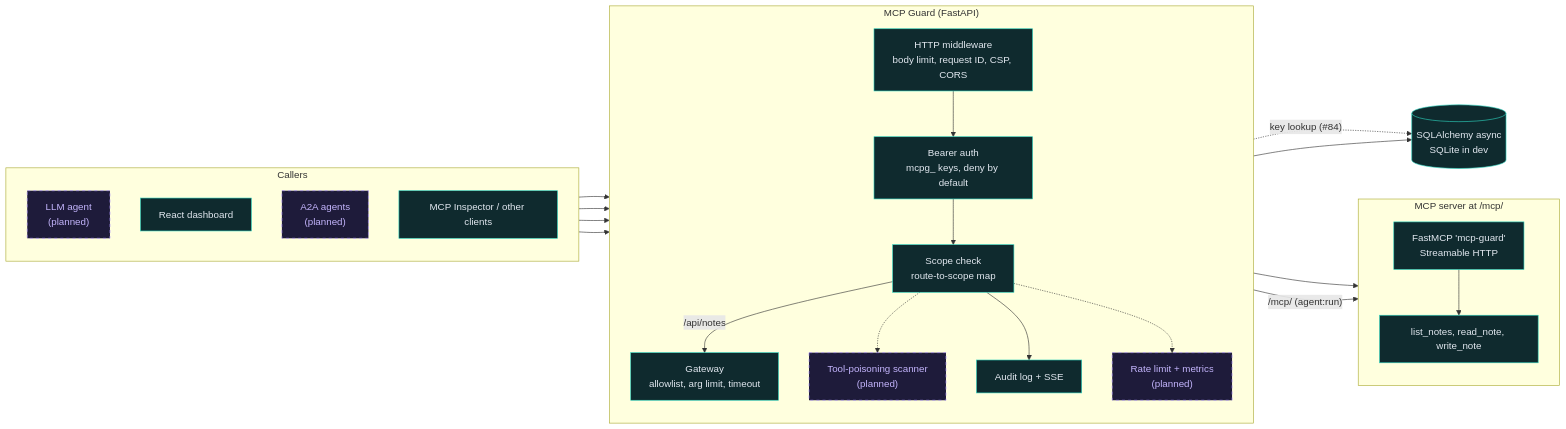
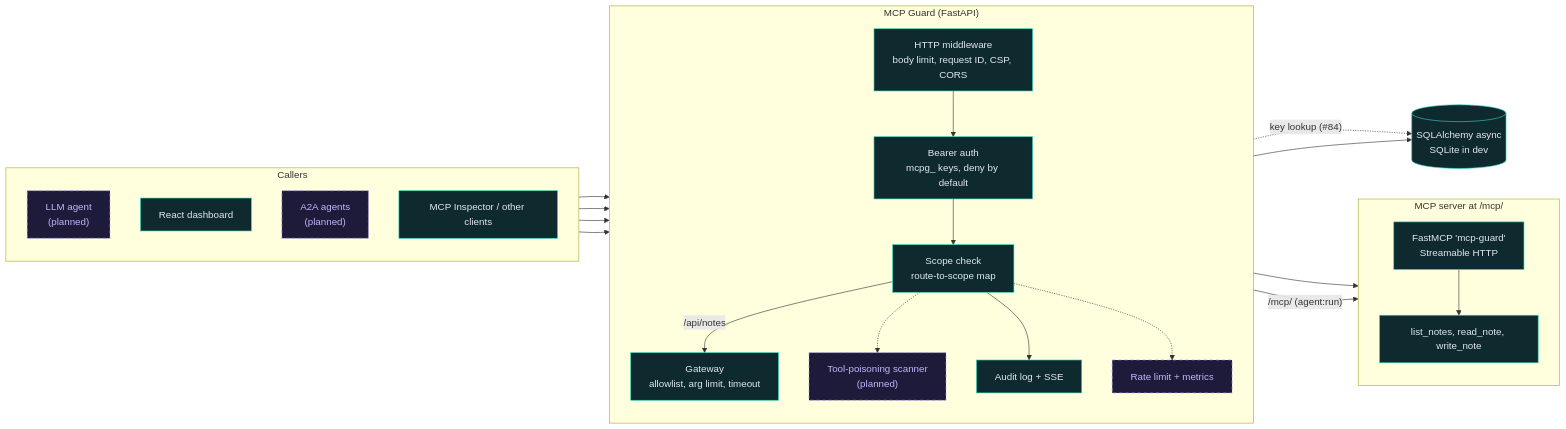
One commit to aneek22112007-tech/mcp-a2a-secure changed the first of 3 diagrams in README.md. Above: the diagram before and after it, drawn with Mermaid. The commit also changed other lines of this file and 26 other files, not shown here.

````diff
--- a/README.md
+++ b/README.md
@@ -28,48 +28,48 @@
 ```mermaid
 flowchart LR
     subgraph CALLERS["Callers"]
         direction TB
         AG["LLM agent<br/>(planned)"]
         UI["React dashboard"]
         A2A["A2A agents<br/>(planned)"]
         INS["MCP Inspector / other clients"]
     end
 
     subgraph CORE["MCP Guard (FastAPI)"]
         direction TB
         MW["HTTP middleware<br/>body limit, request ID, CSP, CORS"]
         AUTH["Bearer auth<br/>mcpg_ keys, deny by default"]
         SC["Scope check<br/>route-to-scope map"]
         GW["Gateway<br/>allowlist, arg limit, timeout"]
         SCAN["Tool-poisoning scanner<br/>(planned)"]
         AUD["Audit log + SSE"]
-        RL["Rate limit + metrics<br/>(planned)"]
+        RL["Rate limit + metrics"]
     end
 
     subgraph TOOLS["MCP server at /mcp/"]
         direction TB
         MCP["FastMCP 'mcp-guard'<br/>Streamable HTTP"]
         T1["list_notes, read_note, write_note"]
     end
 
     DB[("SQLAlchemy async<br/>SQLite in dev")]
 
     AG --> MW
     UI --> MW
     A2A --> MW
     INS --> MW
     MW --> AUTH --> SC
     SC -->|"/api/notes"| GW --> MCP
     SC -->|"/mcp/ (agent:run)"| MCP
     MCP --> T1
     SC -.-> SCAN
     SC --> AUD
     SC -.-> RL
     AUTH -.->|"key lookup (#84)"| DB
     AUD --> DB
 
     classDef built fill:#0f2a2e,stroke:#2dd4bf,color:#e2e8f0
     classDef planned fill:#1e1b3a,stroke:#a78bfa,color:#c4b5fd,stroke-dasharray:5 5
     class MW,AUTH,SC,GW,MCP,T1,UI,INS,DB,AUD built
     class SCAN,RL,AG,A2A planned
 ```
````
